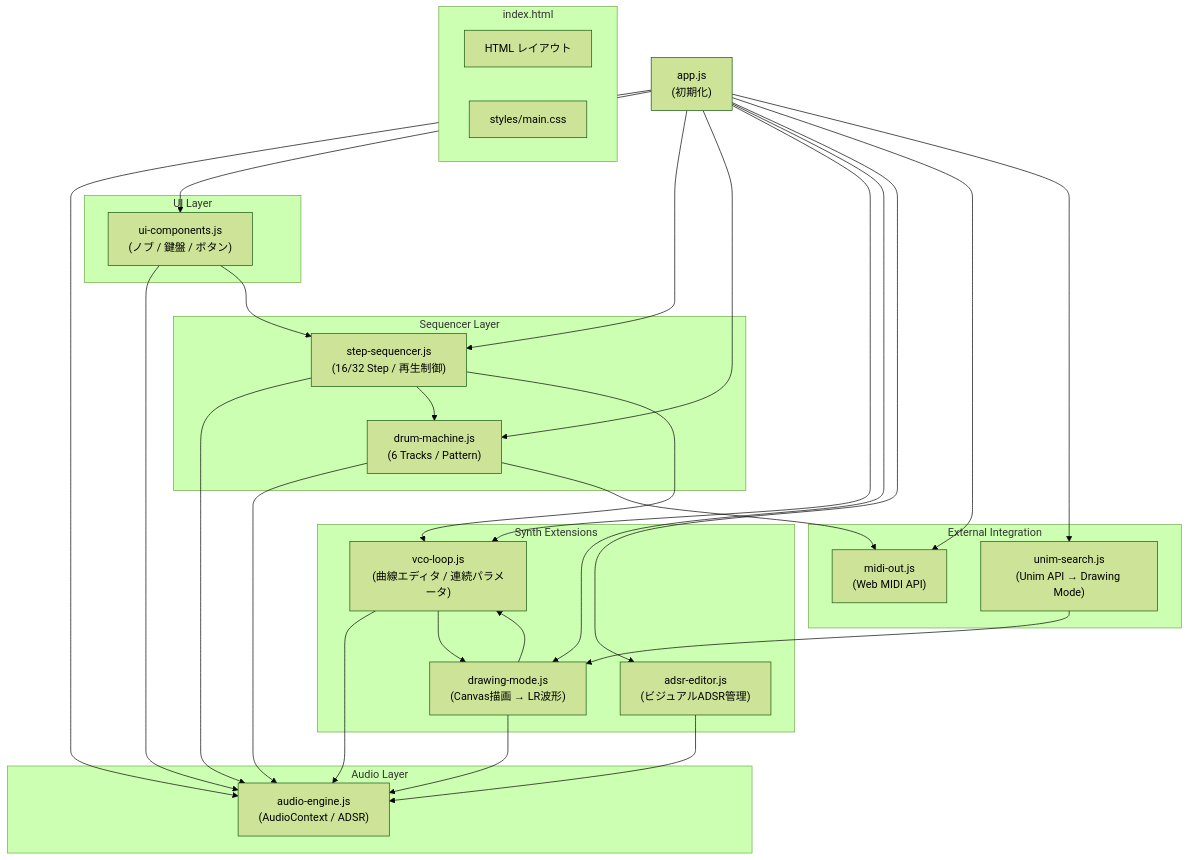
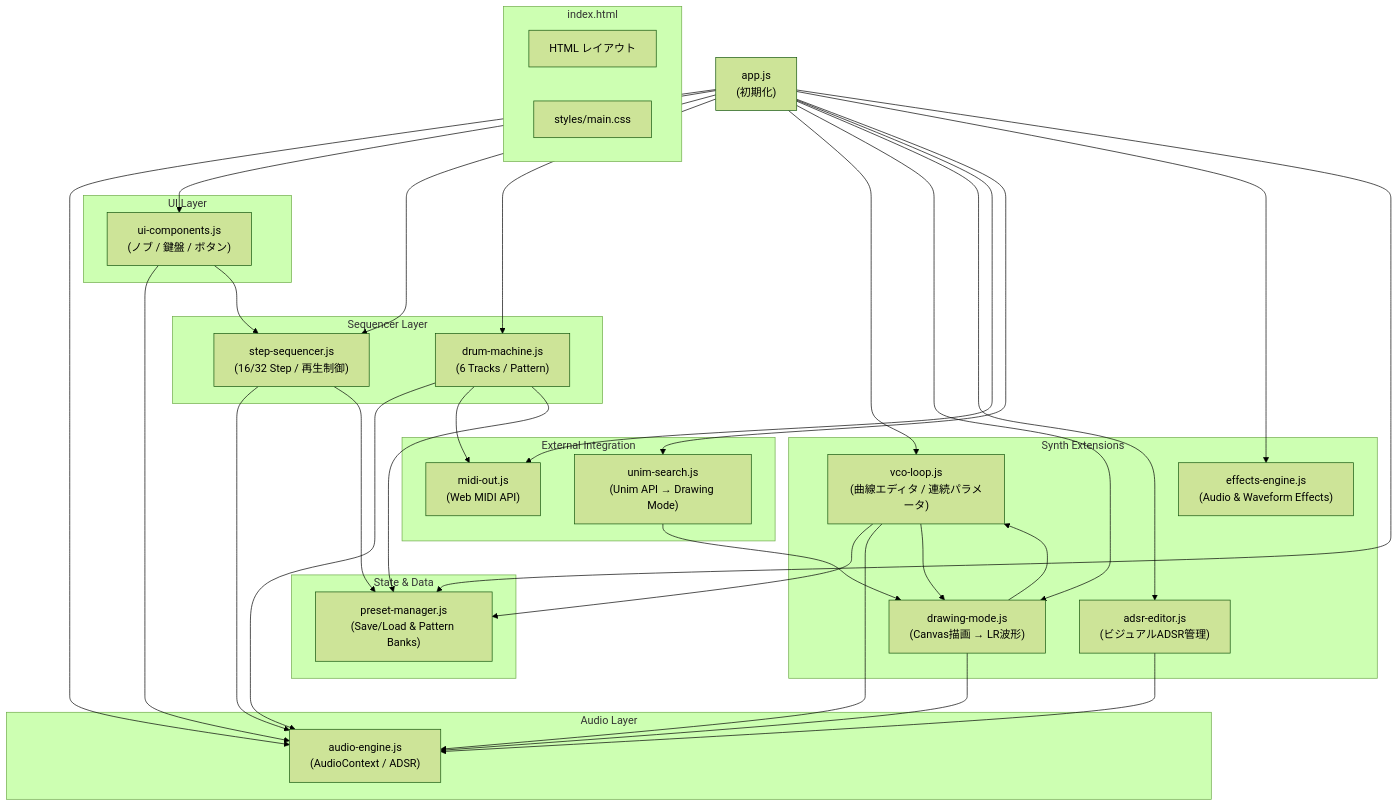
One commit to na-gasena/DrawingLissajousOscilloscopicSynthesizer-II-DLOSy-II changed the first of 2 diagrams in Doc/architecture.md. Above: the diagram before and after it, drawn with Mermaid (forest theme). The commit also changed other lines of this file and 9 other files, not shown here.

````diff
--- a/Doc/architecture.md
+++ b/Doc/architecture.md
@@ -47,62 +49,69 @@
 ```mermaid
 graph TD
     subgraph "index.html"
         HTML["HTML レイアウト"]
         CSS["styles/main.css"]
     end
 
     subgraph "Audio Layer"
         AE["audio-engine.js<br/>(AudioContext / ADSR)"]
     end
 
     subgraph "Sequencer Layer"
         SS["step-sequencer.js<br/>(16/32 Step / 再生制御)"]
         DM["drum-machine.js<br/>(6 Tracks / Pattern)"]
     end
 
     subgraph "Synth Extensions"
         ADSR["adsr-editor.js<br/>(ビジュアルADSR管理)"]
         VCO["vco-loop.js<br/>(曲線エディタ / 連続パラメータ)"]
         DRAW["drawing-mode.js<br/>(Canvas描画 → LR波形)"]
+        FX["effects-engine.js<br/>(Audio & Waveform Effects)"]
+    end
+
+    subgraph "State & Data"
+        PM["preset-manager.js<br/>(Save/Load & Pattern Banks)"]
     end
 
     subgraph "External Integration"
         MIDI["midi-out.js<br/>(Web MIDI API)"]
         UNIM["unim-search.js<br/>(Unim API → Drawing Mode)"]
     end
 
     subgraph "UI Layer"
         UI["ui-components.js<br/>(ノブ / 鍵盤 / ボタン)"]
     end
 
     APP["app.js<br/>(初期化)"]
 
     APP --> AE
     APP --> UI
     APP --> SS
     APP --> DM
     APP --> VCO
     APP --> DRAW
     APP --> ADSR
     APP --> MIDI
     APP --> UNIM
+    APP --> FX
+    APP --> PM
 
     UI --> AE
     UI --> SS
 
     SS --> AE
-    SS --> DM
-    SS --> VCO
-
+    SS --> PM
     DM --> AE
     DM --> MIDI
+    DM --> PM
+    VCO --> PM
 
     ADSR --> AE
 
     VCO --> AE
     UNIM --> DRAW
     VCO --> DRAW
 
     DRAW --> AE
     DRAW --> VCO
 ```
````
